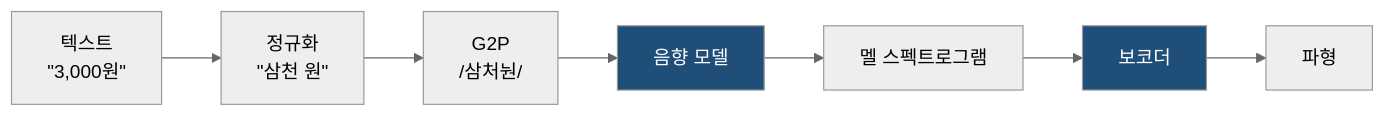
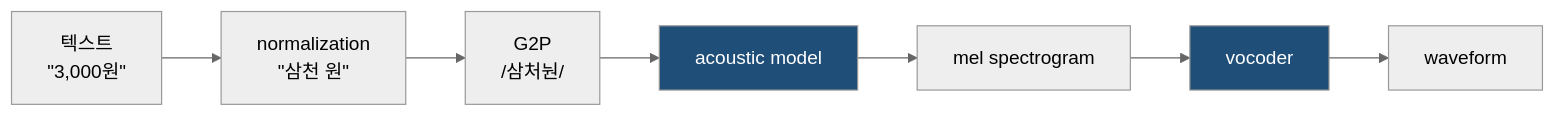
The diagram in chapters/08_audio/07_tts.qmd (yuvjjang/aiml_studybook), drawn with Mermaid (neutral theme) before and after one commit. The commit also changed other lines of this file, not shown here.

Commit message:
8.7 음성 합성(TTS) 풀어쓰기: one-to-many·over-smoothing·variance adaptor·length regulator·Griffin-Lim 영문 용어와 비유 추가

````diff
--- a/chapters/08_audio/07_tts.qmd
+++ b/chapters/08_audio/07_tts.qmd
@@ -22,13 +22,13 @@
 ```{mermaid}
 %%| label: fig-tts-pipeline
-%%| fig-cap: "TTS 파이프라인. 파란 두 단계가 신경망이고, 앞의 둘은 규칙·사전에 크게 의존합니다."
+%%| fig-cap: "TTS pipeline. 파란 두 단계가 신경망이고, 앞의 둘은 규칙·사전에 크게 의존합니다."
 flowchart LR
-  T["텍스트<br/>&quot;3,000원&quot;"] --> N["정규화<br/>&quot;삼천 원&quot;"]
+  T["텍스트<br/>&quot;3,000원&quot;"] --> N["normalization<br/>&quot;삼천 원&quot;"]
   N --> G["G2P<br/>/삼처눤/"]
-  G --> AM["음향 모델"]
-  AM --> M["멜 스펙트로그램"]
-  M --> V["보코더"]
-  V --> W["파형"]
+  G --> AM["acoustic model"]
+  AM --> M["mel spectrogram"]
+  M --> V["vocoder"]
+  V --> W["waveform"]
   style AM fill:#1F4E79,color:#fff
   style V fill:#1F4E79,color:#fff
 ```
````
